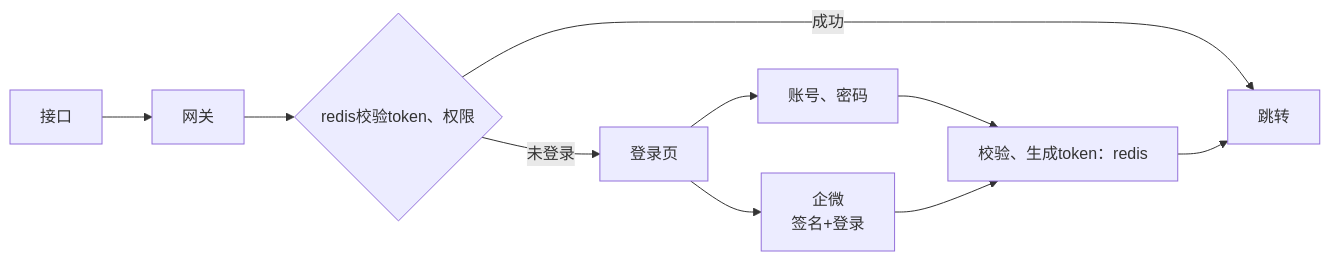
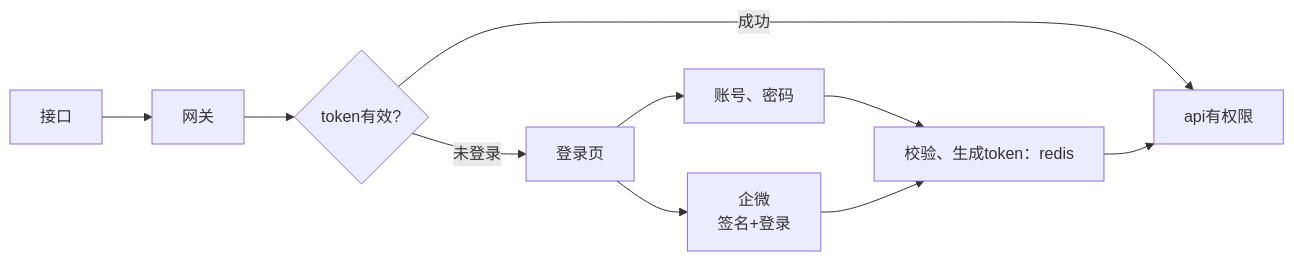
One commit to lituquan/notebook changed the second of 3 diagrams in 登录和鉴权.md. Above: the diagram before and after it, drawn with Mermaid. The commit also changed other lines of this file and 14 other files, not shown here.

````diff
--- a/登录和鉴权.md
+++ b/登录和鉴权.md
@@ -29,9 +30,9 @@
 ```mermaid
 graph LR
-A[接口]-->B[网关]-->C{redis校验token、权限}
+A[接口]-->B[网关]-->C{token有效?}
 
 C-->|成功|D[带着userId，进入下层]
-C-->|未登录|E[登录页]-->F1[账号、密码]-->G[校验、生成token：redis]-->D[跳转]
+C-->|未登录|E[登录页]-->F1[账号、密码]-->G[校验、生成token：redis]-->D[api有权限]
 E-->F3[企微
 签名+登录]-->G
 ```
````
